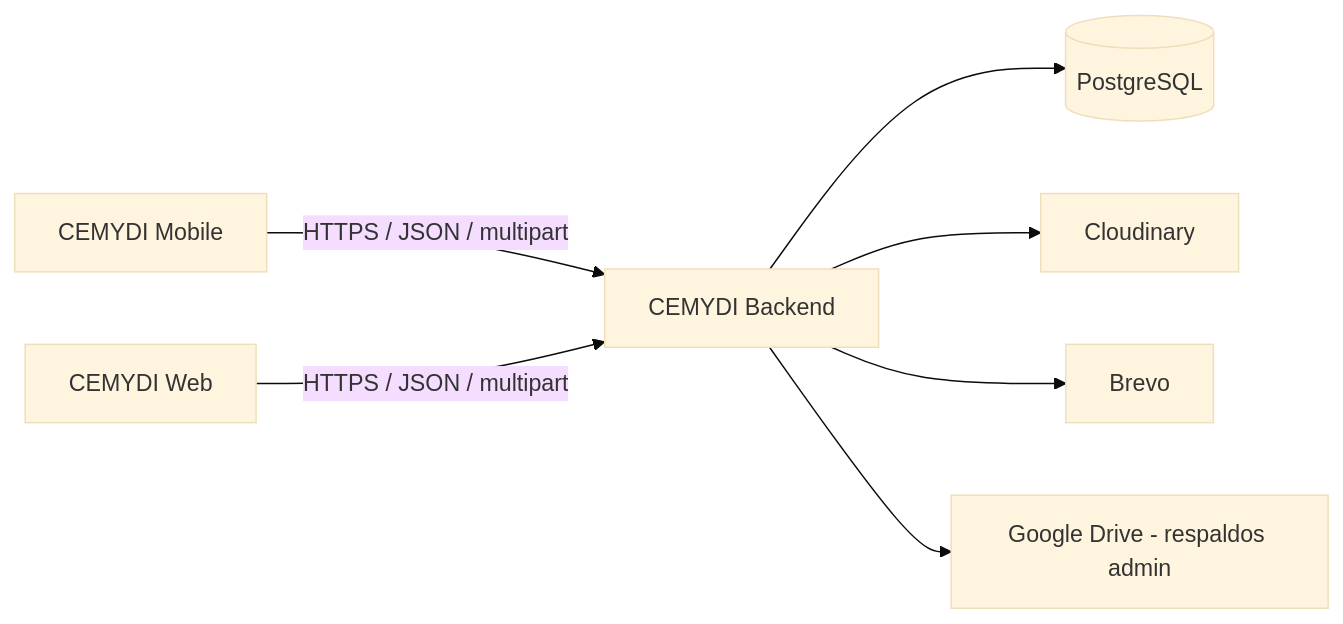
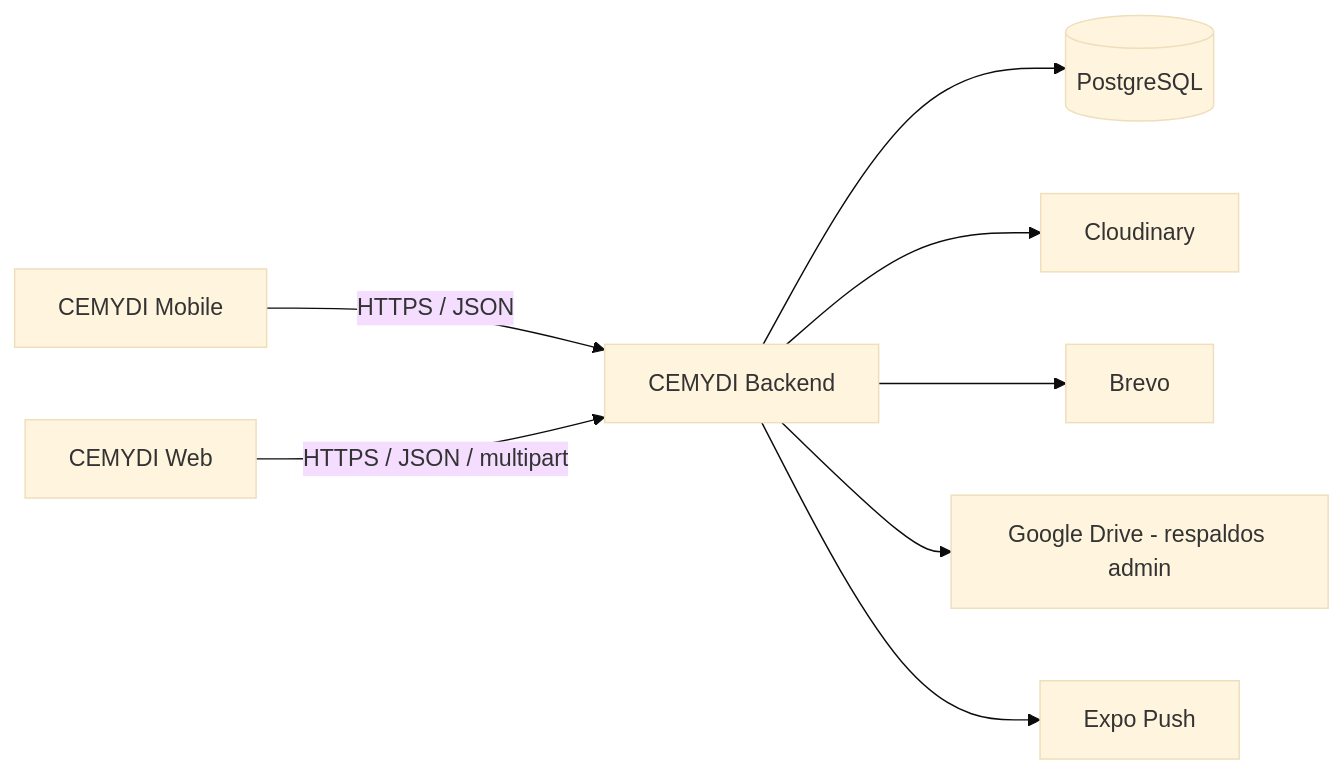
The first of 2 diagrams in docs/ARCHITECTURE.md (VictorGustavoVH/cemydi-mobile), drawn with Mermaid (base theme) before and after one commit. The commit also changed other lines of this file and 18 other files, not shown here.

````diff
--- a/docs/ARCHITECTURE.md
+++ b/docs/ARCHITECTURE.md
@@ -50,9 +66,10 @@
 ```mermaid
 flowchart LR
-  Mobile[CEMYDI Mobile] -->|HTTPS / JSON / multipart| API[CEMYDI Backend]
+  Mobile[CEMYDI Mobile] -->|HTTPS / JSON| API[CEMYDI Backend]
   Web[CEMYDI Web] -->|HTTPS / JSON / multipart| API
   API --> DB[(PostgreSQL)]
   API --> Cloudinary[Cloudinary]
   API --> Brevo[Brevo]
   API --> Drive[Google Drive - respaldos admin]
+  API --> Push[Expo Push]
 ```
````
